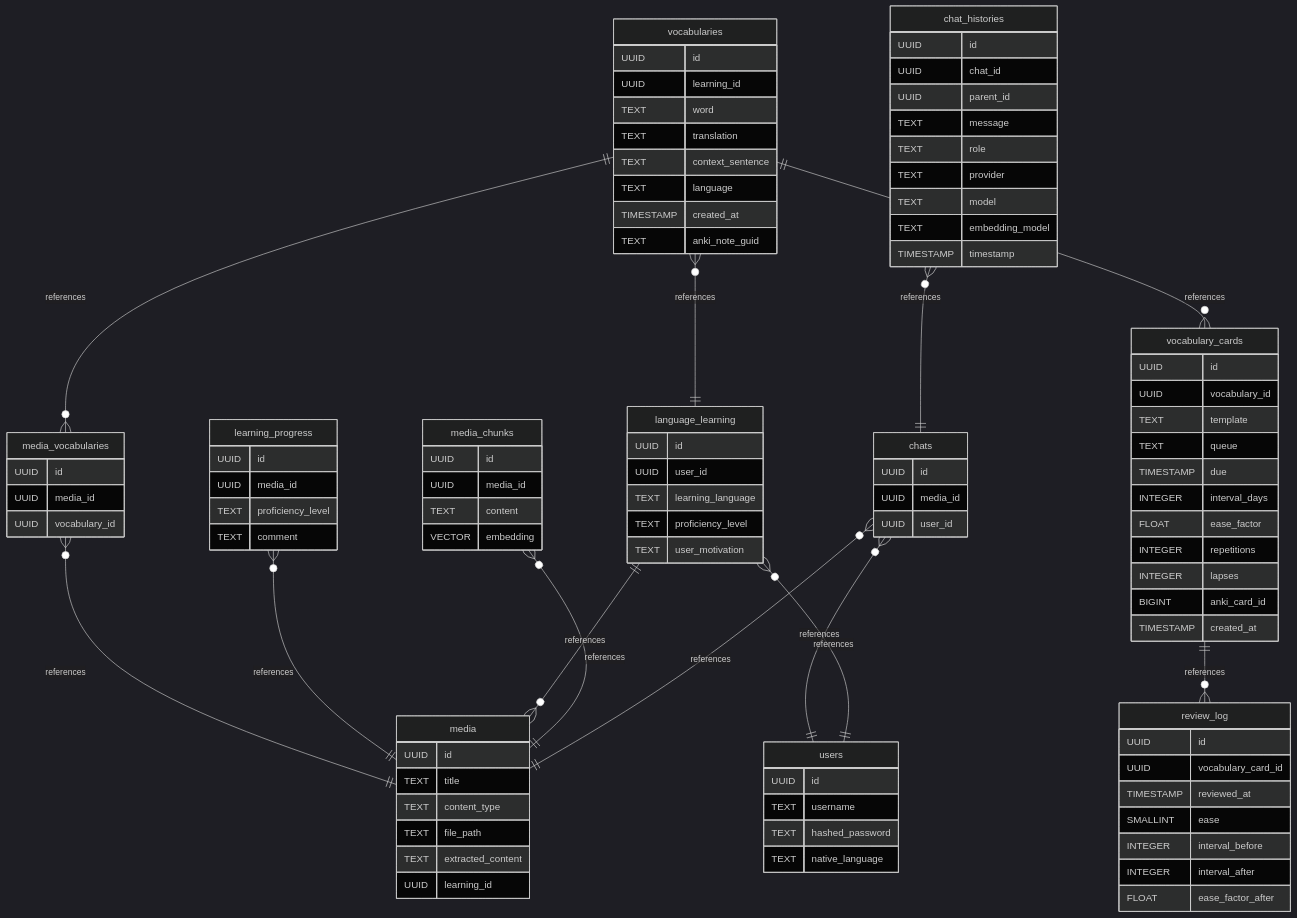
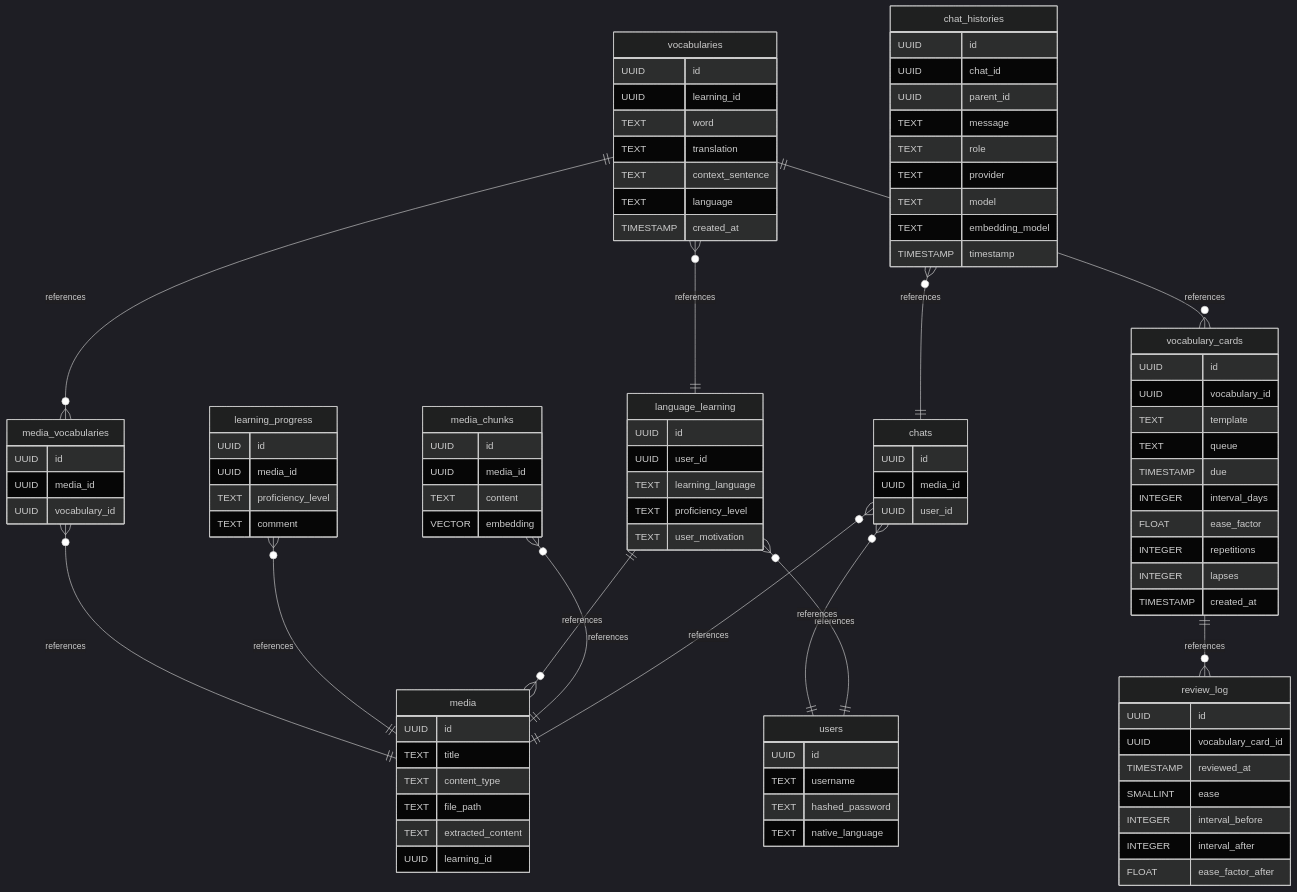
One commit to BurkhardtJan/Dengwa-AI changed the second of 2 diagrams in README.md. Above: the diagram before and after it, drawn with Mermaid (dark theme). The commit also changed other lines of this file and 2 other files, not shown here.

````diff
--- a/README.md
+++ b/README.md
@@ -329,7 +332,6 @@
         TEXT context_sentence
         TEXT language
         TIMESTAMP created_at
-        TEXT anki_note_guid
     }
 
     vocabulary_cards {
@@ -342,7 +344,6 @@
         FLOAT ease_factor
         INTEGER repetitions
         INTEGER lapses
-        BIGINT anki_card_id
         TIMESTAMP created_at
     }
 
@@ -394,5 +395,4 @@
         UUID media_id
         UUID vocabulary_id
     }
-
 ```
````
